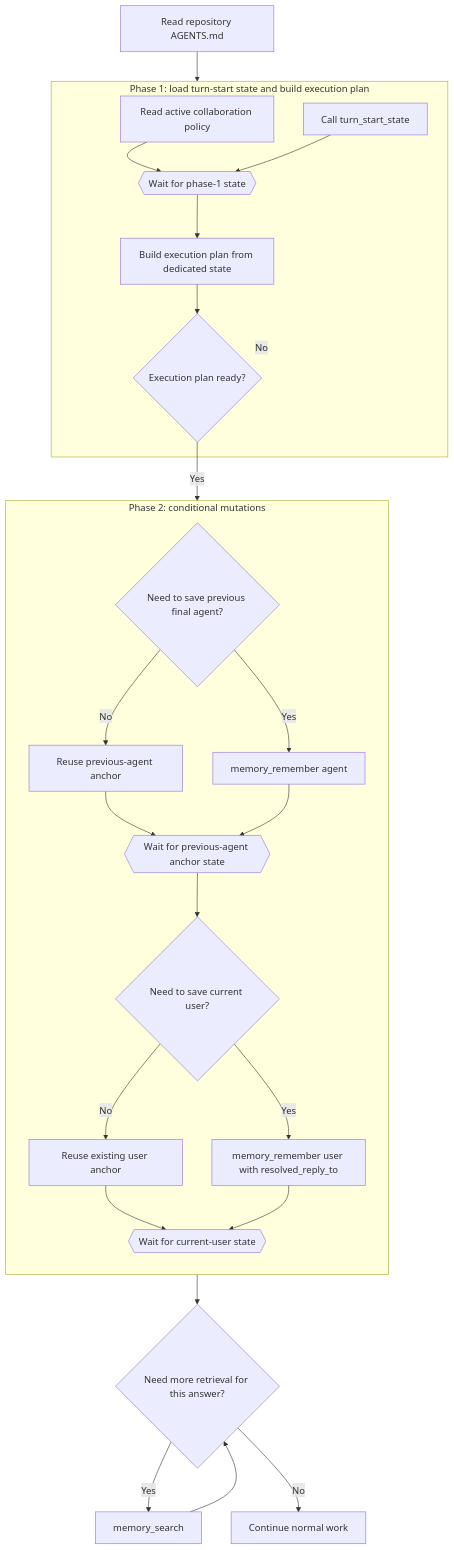
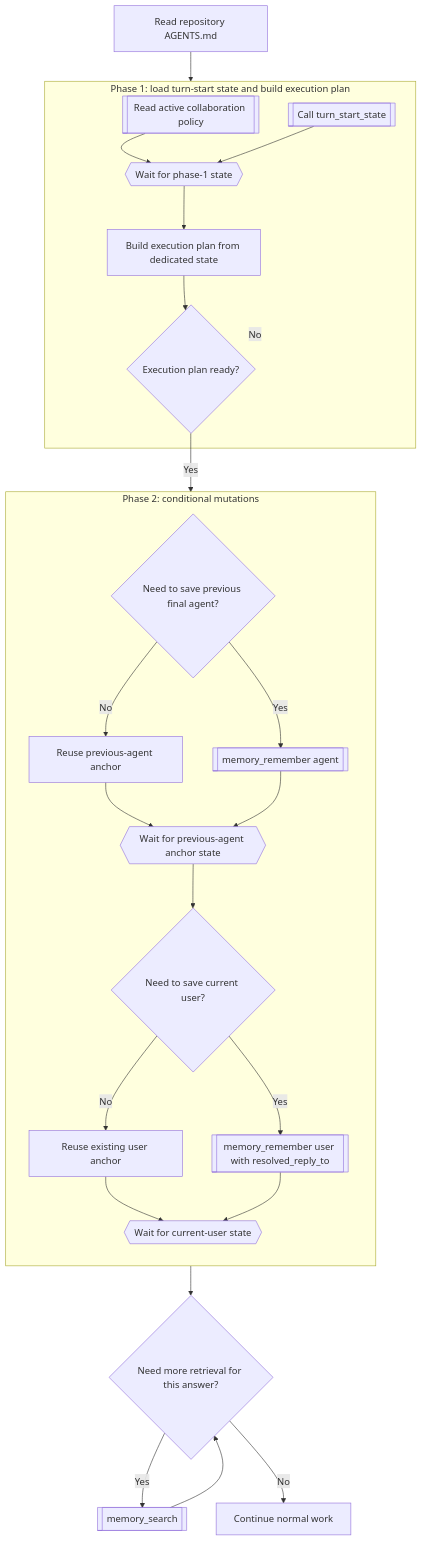
The second of 2 diagrams in docs/mcp-turn-flows.md (KazinaG/breathing_memory), drawn with Mermaid before and after one commit. The commit also changed other lines of this file, not shown here.

Commit message:
docs: distinguish MCP call nodes in turn flowchart

````diff
--- a/docs/mcp-turn-flows.md
+++ b/docs/mcp-turn-flows.md
@@ -98,45 +98,45 @@
 ```mermaid
 flowchart TD
     A[Read repository AGENTS.md]
 
     subgraph P1[Phase 1: load turn-start state and build execution plan]
-        C[Read active collaboration policy]
-        B[Call turn_start_state]
+        C[[Read active collaboration policy]]
+        B[[Call turn_start_state]]
         W1{{Wait for phase-1 state}}
         D[Build execution plan from dedicated state]
         E{Execution plan ready?}
         C --> W1
         B --> W1
         W1 --> D
         D --> E
     end
 
     subgraph P2[Phase 2: conditional mutations]
         direction TB
         F{Need to save previous final agent?}
         G[Reuse previous-agent anchor]
-        H[memory_remember agent]
+        H[[memory_remember agent]]
         W2{{Wait for previous-agent anchor state}}
         I{Need to save current user?}
         J[Reuse existing user anchor]
-        K[memory_remember user with resolved_reply_to]
+        K[[memory_remember user with resolved_reply_to]]
         W3{{Wait for current-user state}}
         F -- No --> G
         F -- Yes --> H
         G --> W2
         H --> W2
         W2 --> I
         I -- No --> J
         I -- Yes --> K
         J --> W3
         K --> W3
     end
 
     A --> P1
     E -- No --> P1
     E -- Yes --> P2
     P2 --> L{Need more retrieval for this answer?}
-    L -- Yes --> M[memory_search]
+    L -- Yes --> M[[memory_search]]
     L -- No --> N[Continue normal work]
     M --> L
 ```
````
